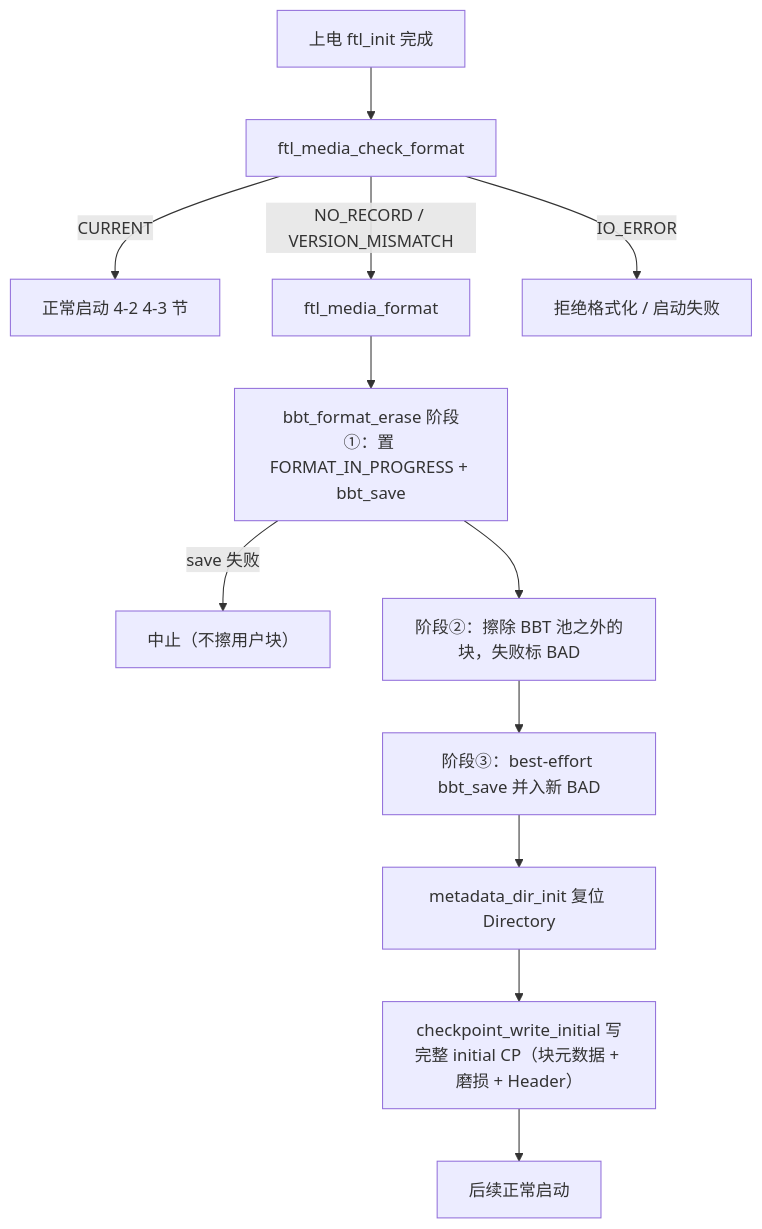
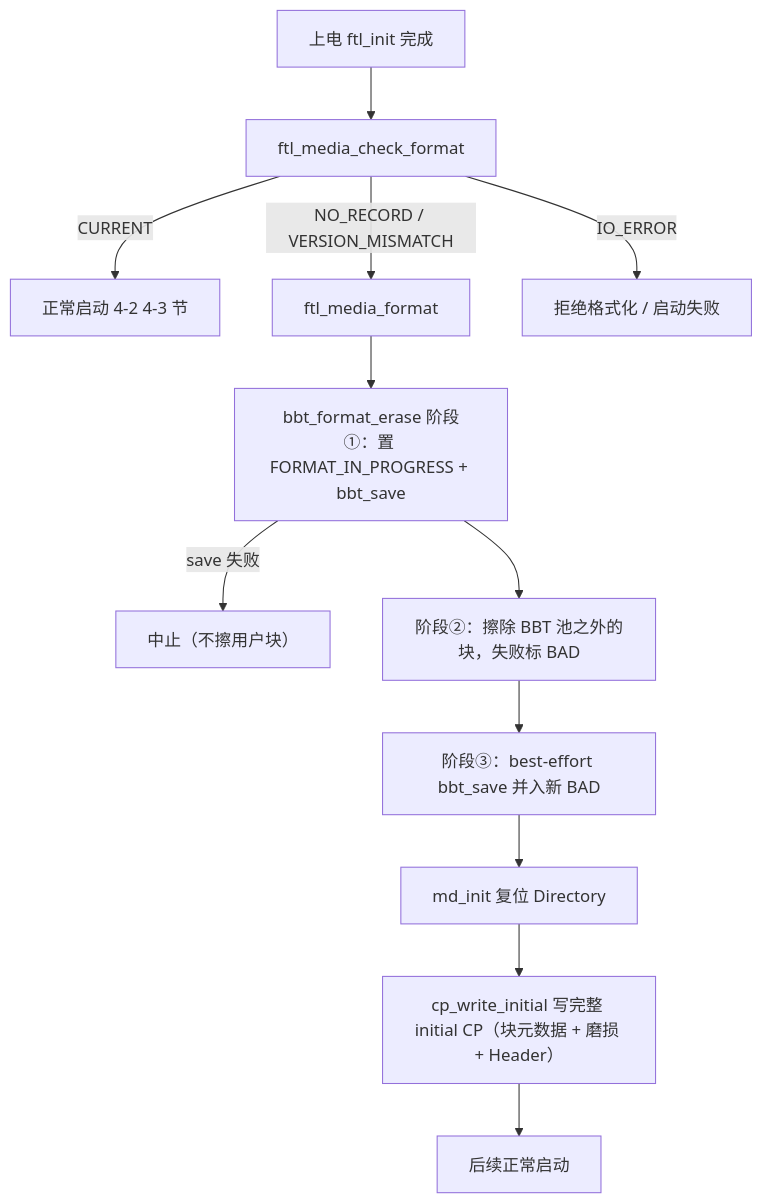
Diagram 23 of 32 in docs/design/ftl_design.md (YzYMIAO/BASESSD), drawn with Mermaid before and after one commit. The commit also changed other lines of this file and 48 other files, not shown here.

````diff
--- a/docs/design/ftl_design.md
+++ b/docs/design/ftl_design.md
@@ -3574,14 +3574,14 @@
 ```mermaid
 flowchart TD
     A["上电 ftl_init 完成"] --> B["ftl_media_check_format"]
     B -- "CURRENT" --> C["正常启动 4-2 4-3 节"]
     B -- "NO_RECORD / VERSION_MISMATCH" --> D["ftl_media_format"]
     B -- "IO_ERROR" --> H["拒绝格式化 / 启动失败"]
     D --> D1["bbt_format_erase 阶段①：置 FORMAT_IN_PROGRESS + bbt_save"]
     D1 -- "save 失败" --> H2["中止（不擦用户块）"]
     D1 --> D2["阶段②：擦除 BBT 池之外的块，失败标 BAD"]
     D2 --> D3["阶段③：best-effort bbt_save 并入新 BAD"]
-    D3 --> D4["metadata_dir_init 复位 Directory"]
-    D4 --> D5["checkpoint_write_initial 写完整 initial CP（块元数据 + 磨损 + Header）"]
+    D3 --> D4["md_init 复位 Directory"]
+    D4 --> D5["cp_write_initial 写完整 initial CP（块元数据 + 磨损 + Header）"]
     D5 --> E["后续正常启动"]
 ```
````
